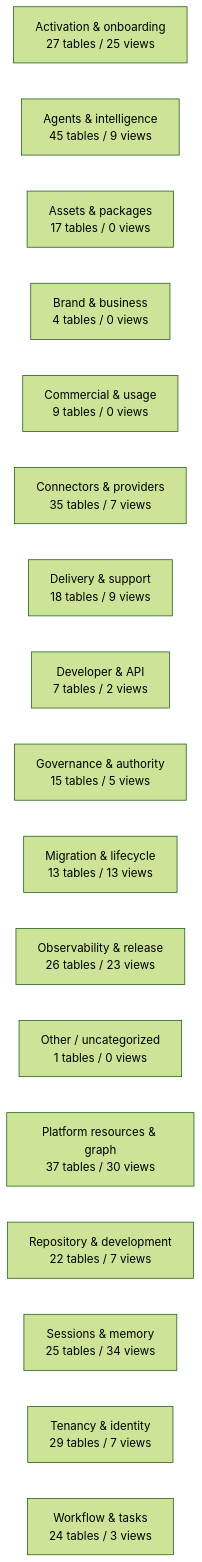
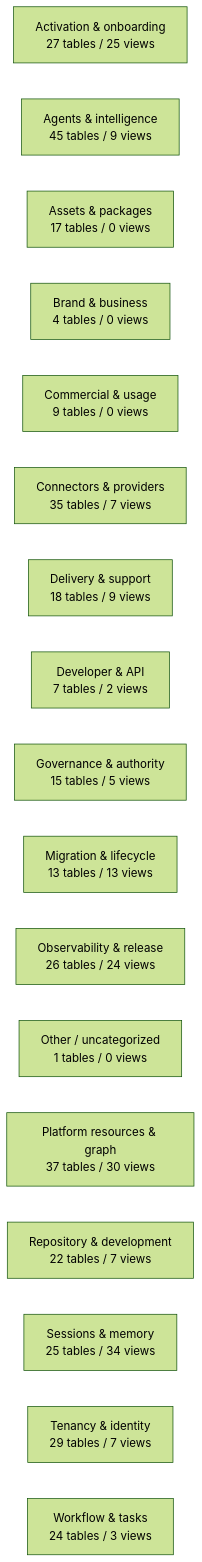
The diagram in docs/work-maps/data-model-domain-map.md (mad4bdigital-ai/multi-business-multi-role-growth-intelligence-os), drawn with Mermaid (forest theme) before and after one commit. The commit also changed other lines of this file and 4 other files, not shown here.

````diff
--- a/docs/work-maps/data-model-domain-map.md
+++ b/docs/work-maps/data-model-domain-map.md
@@ -9,20 +9,20 @@
 ```mermaid
 flowchart LR
   n_Activation___onboarding["Activation & onboarding<br/>27 tables / 25 views"]
   n_Agents___intelligence["Agents & intelligence<br/>45 tables / 9 views"]
   n_Assets___packages["Assets & packages<br/>17 tables / 0 views"]
   n_Brand___business["Brand & business<br/>4 tables / 0 views"]
   n_Commercial___usage["Commercial & usage<br/>9 tables / 0 views"]
   n_Connectors___providers["Connectors & providers<br/>35 tables / 7 views"]
   n_Delivery___support["Delivery & support<br/>18 tables / 9 views"]
   n_Developer___API["Developer & API<br/>7 tables / 2 views"]
   n_Governance___authority["Governance & authority<br/>15 tables / 5 views"]
   n_Migration___lifecycle["Migration & lifecycle<br/>13 tables / 13 views"]
-  n_Observability___release["Observability & release<br/>26 tables / 23 views"]
+  n_Observability___release["Observability & release<br/>26 tables / 24 views"]
   n_Other___uncategorized["Other / uncategorized<br/>1 tables / 0 views"]
   n_Platform_resources___graph["Platform resources & graph<br/>37 tables / 30 views"]
   n_Repository___development["Repository & development<br/>22 tables / 7 views"]
   n_Sessions___memory["Sessions & memory<br/>25 tables / 34 views"]
   n_Tenancy___identity["Tenancy & identity<br/>29 tables / 7 views"]
   n_Workflow___tasks["Workflow & tasks<br/>24 tables / 3 views"]
 ```
````
